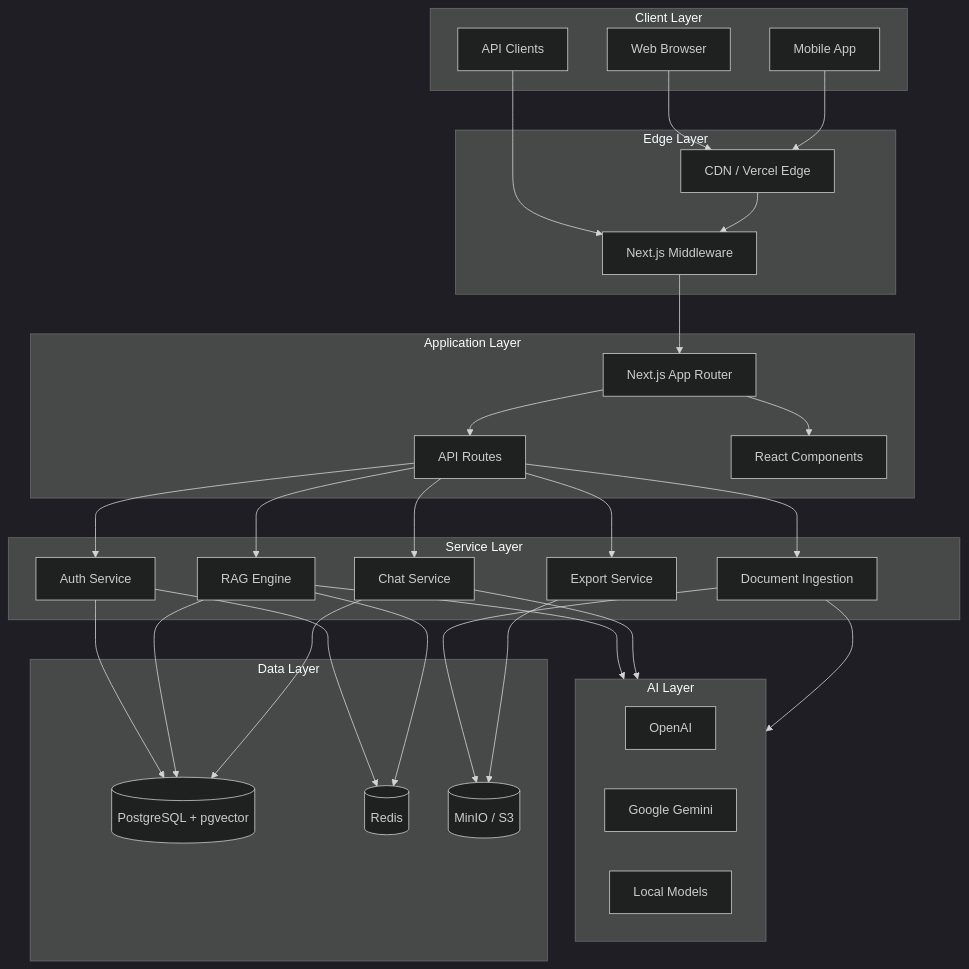
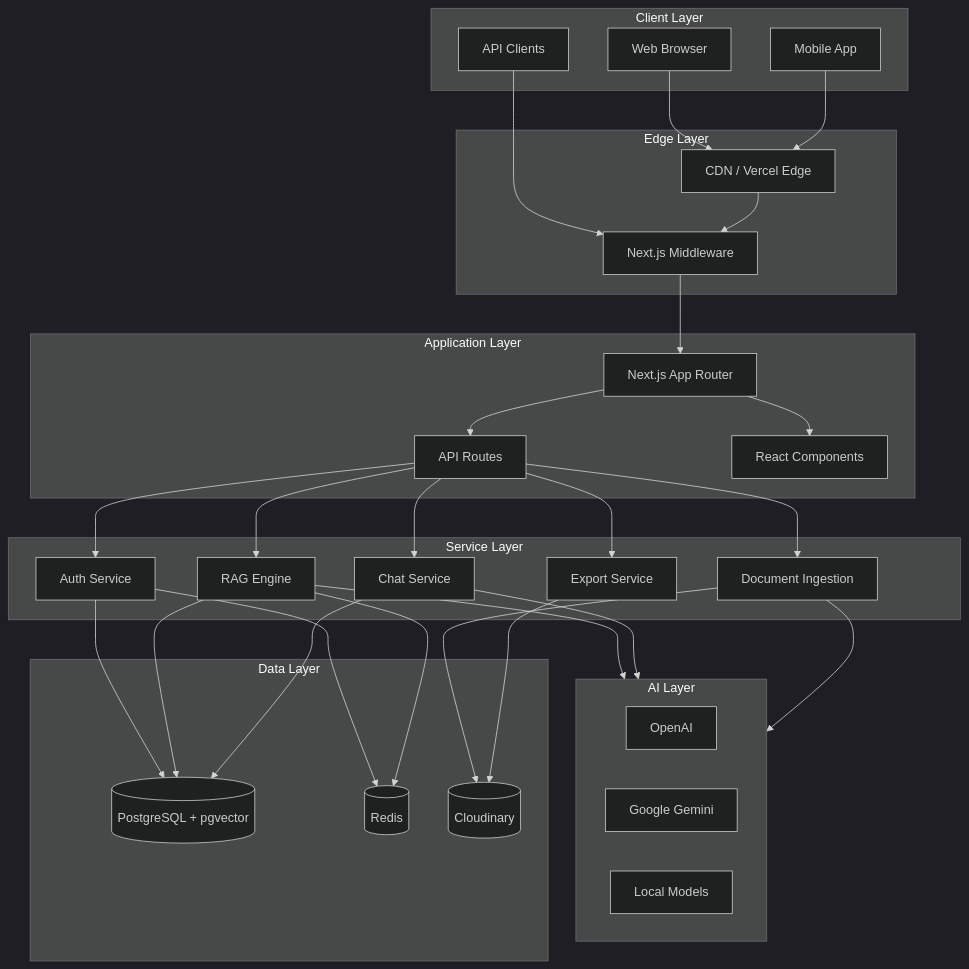
Before and after one commit to rejisterjack/rag-starter-kit: the first of 6 diagrams in docs/ARCHITECTURE.md, drawn with Mermaid (dark theme). The commit also changed other lines of this file and 155 other files, not shown here.

````diff
--- a/docs/ARCHITECTURE.md
+++ b/docs/ARCHITECTURE.md
@@ -5,62 +5,62 @@
 ```mermaid
 graph TB
     subgraph Client["Client Layer"]
         Browser["Web Browser"]
         Mobile["Mobile App"]
         API["API Clients"]
     end
 
     subgraph Edge["Edge Layer"]
         CDN["CDN / Vercel Edge"]
         Middleware["Next.js Middleware"]
     end
 
     subgraph Application["Application Layer"]
         NextApp["Next.js App Router"]
         APIRoutes["API Routes"]
         Components["React Components"]
     end
 
     subgraph Services["Service Layer"]
         Auth["Auth Service"]
         RAG["RAG Engine"]
         Chat["Chat Service"]
         Ingest["Document Ingestion"]
         Export["Export Service"]
     end
 
     subgraph AI["AI Layer"]
         OpenAI["OpenAI"]
         Gemini["Google Gemini"]
         Local["Local Models"]
     end
 
     subgraph Data["Data Layer"]
         Postgres[("PostgreSQL + pgvector")]
         Redis[("Redis")]
-        MinIO[("MinIO / S3")]
+        Cloudinary[("Cloudinary")]
     end
 
     Browser --> CDN
     Mobile --> CDN
     API --> Middleware
     CDN --> Middleware
     Middleware --> NextApp
     NextApp --> Components
     NextApp --> APIRoutes
     APIRoutes --> Auth
     APIRoutes --> RAG
     APIRoutes --> Chat
     APIRoutes --> Ingest
     APIRoutes --> Export
     RAG --> AI
     Chat --> AI
     Ingest --> AI
     Auth --> Postgres
     RAG --> Postgres
     Chat --> Postgres
     Auth --> Redis
     RAG --> Redis
-    Ingest --> MinIO
-    Export --> MinIO
+    Ingest --> Cloudinary
+    Export --> Cloudinary
 ```
````
